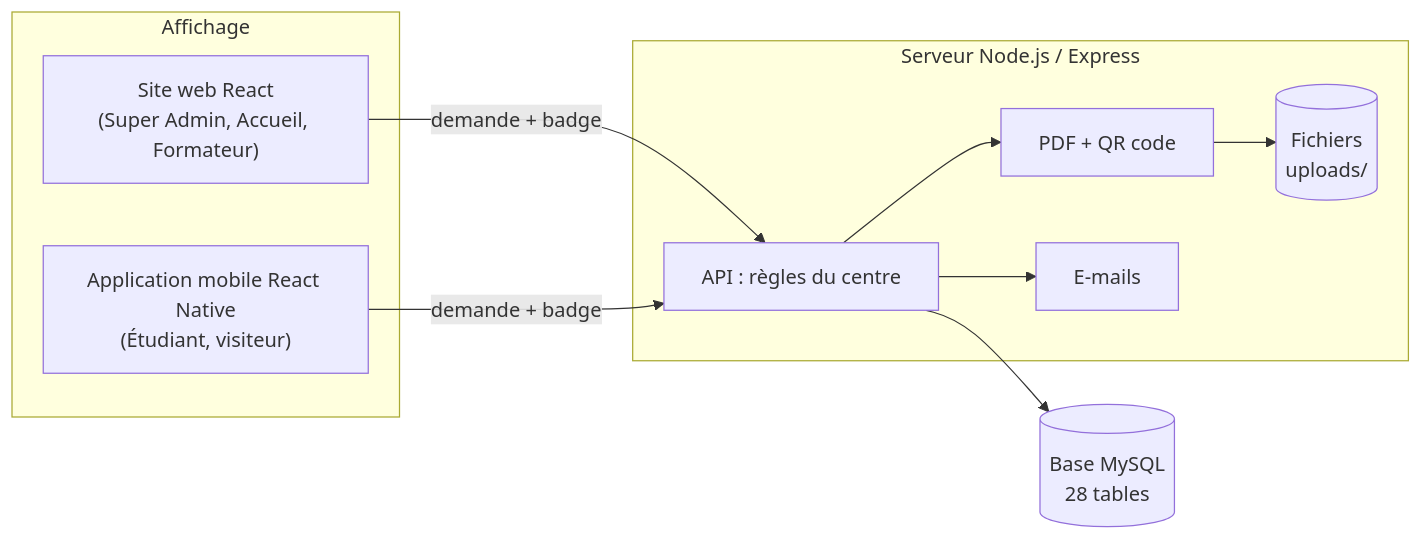
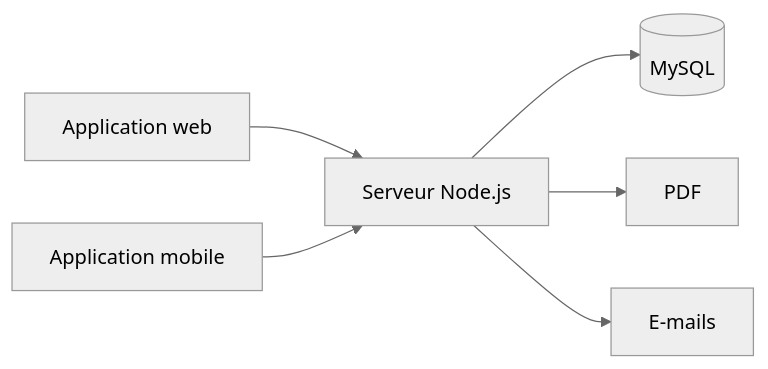
Before and after one commit to eliaTolojanahary/gestionFormation_stage: the third of 9 diagrams in FLUX-MEMOIRE.md, drawn with Mermaid. The commit also changed other lines of this file and 163 other files, not shown here.

````diff
--- a/FLUX-MEMOIRE.md
+++ b/FLUX-MEMOIRE.md
@@ -424,20 +721,9 @@
 ```mermaid
+%%{init: {'theme':'neutral'}}%%
 flowchart LR
-    subgraph Affichage
-        W["Site web React<br/>(Super Admin, Accueil, Formateur)"]
-        M["Application mobile React Native<br/>(Étudiant, visiteur)"]
-    end
-    subgraph Traitement["Serveur Node.js / Express"]
-        API["API : règles du centre"]
-        PDF["PDF + QR code"]
-        MAIL["E-mails"]
-        FS[("Fichiers<br/>uploads/")]
-    end
-    DB[("Base MySQL<br/>28 tables")]
-
-    W -- "demande + badge" --> API
-    M -- "demande + badge" --> API
-    API --> DB
-    API --> PDF --> FS
-    API --> MAIL
+    W[Application web] --> API[Serveur Node.js]
+    M[Application mobile] --> API
+    API --> DB[(MySQL)]
+    API --> PDF[PDF]
+    API --> MAIL[E-mails]
 ```
````
